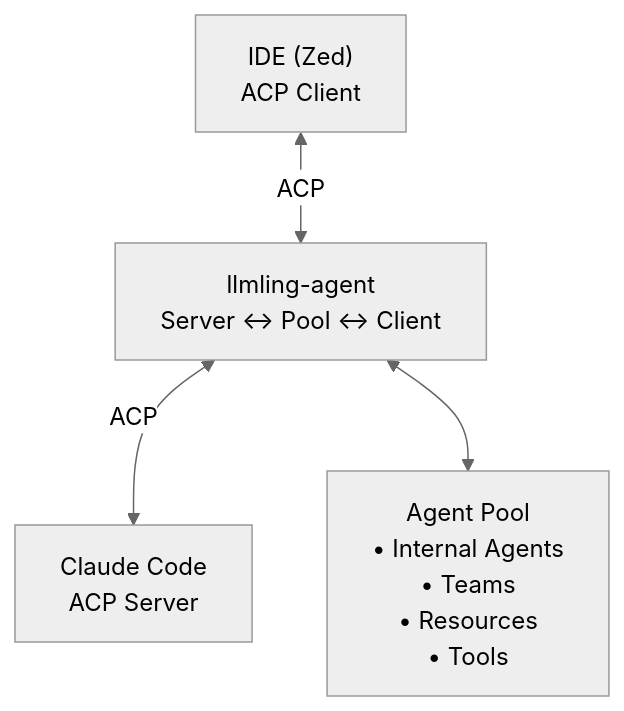
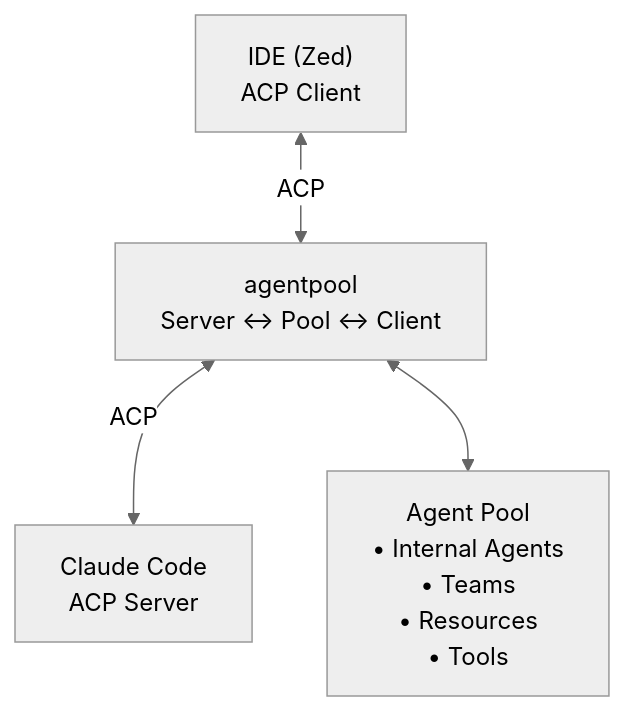
Before and after one commit to phil65/llmling-agent: the third of 4 diagrams in docs/advanced/acp-integration.md, drawn with Mermaid (neutral theme). The commit also changed other lines of this file and 928 other files, not shown here.

````diff
--- a/docs/advanced/acp-integration.md
+++ b/docs/advanced/acp-integration.md
@@ -149,11 +149,11 @@
 ```mermaid
 graph TB
     IDE["IDE (Zed)<br/>ACP Client"]
-    LLM["llmling-agent<br/>Server ↔ Pool ↔ Client"]
+    LLM["agentpool<br/>Server ↔ Pool ↔ Client"]
     Claude["Claude Code<br/>ACP Server"]
     Pool["Agent Pool<br/>• Internal Agents<br/>• Teams<br/>• Resources<br/>• Tools"]
     
     IDE <-->|ACP| LLM
     LLM <-->|ACP| Claude
     LLM <--> Pool
 ```
````
